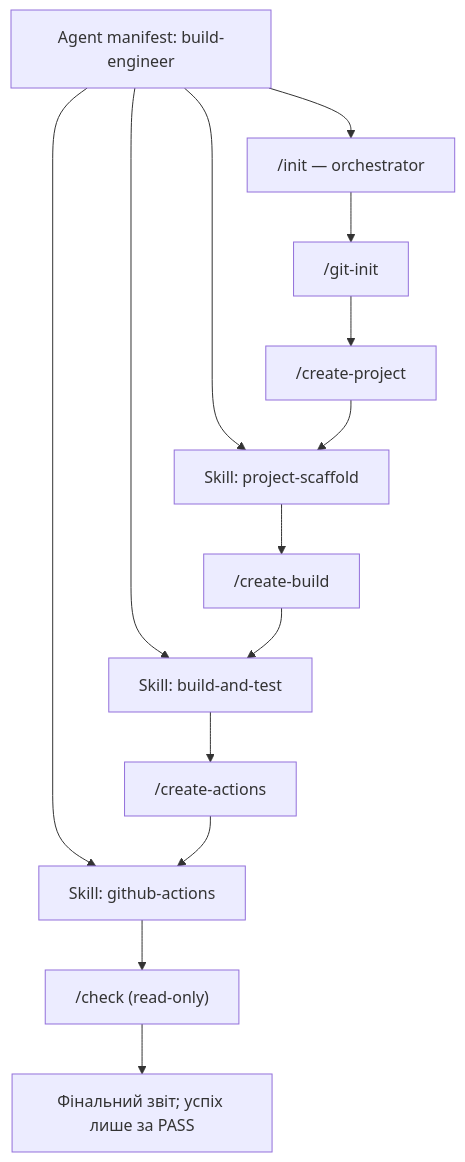
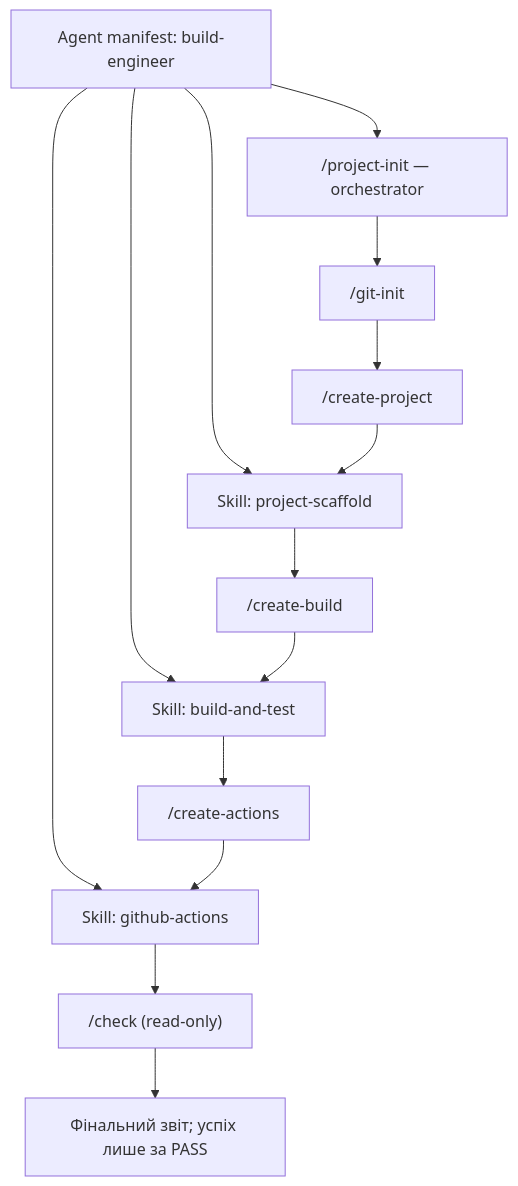
Before and after one commit to leaflover228/apks-lab1-ts-agent: the diagram in docs/architecture.md, drawn with Mermaid. The commit also changed other lines of this file and 6 other files, not shown here.

Commit message:
feat(agent): rename orchestrator to project-init

````diff
--- a/docs/architecture.md
+++ b/docs/architecture.md
@@ -26,16 +26,16 @@
 ```mermaid
 flowchart TD
-    M["Agent manifest: build-engineer"] --> O["/init — orchestrator"]
+    M["Agent manifest: build-engineer"] --> O["/project-init — orchestrator"]
     M --> S1["Skill: project-scaffold"]
     M --> S2["Skill: build-and-test"]
     M --> S3["Skill: github-actions"]
     O --> C1["/git-init"]
     C1 --> C2["/create-project"]
     C2 --> S1
     S1 --> C3["/create-build"]
     C3 --> S2
     S2 --> C4["/create-actions"]
     C4 --> S3
     S3 --> C5["/check (read-only)"]
     C5 --> R["Фінальний звіт; успіх лише за PASS"]
 ```
````
